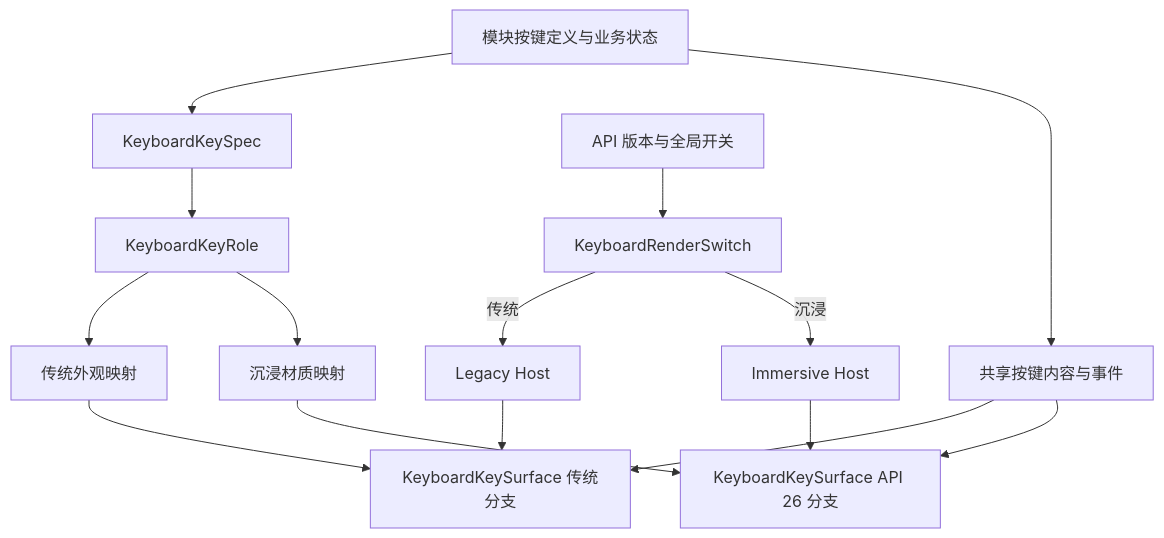
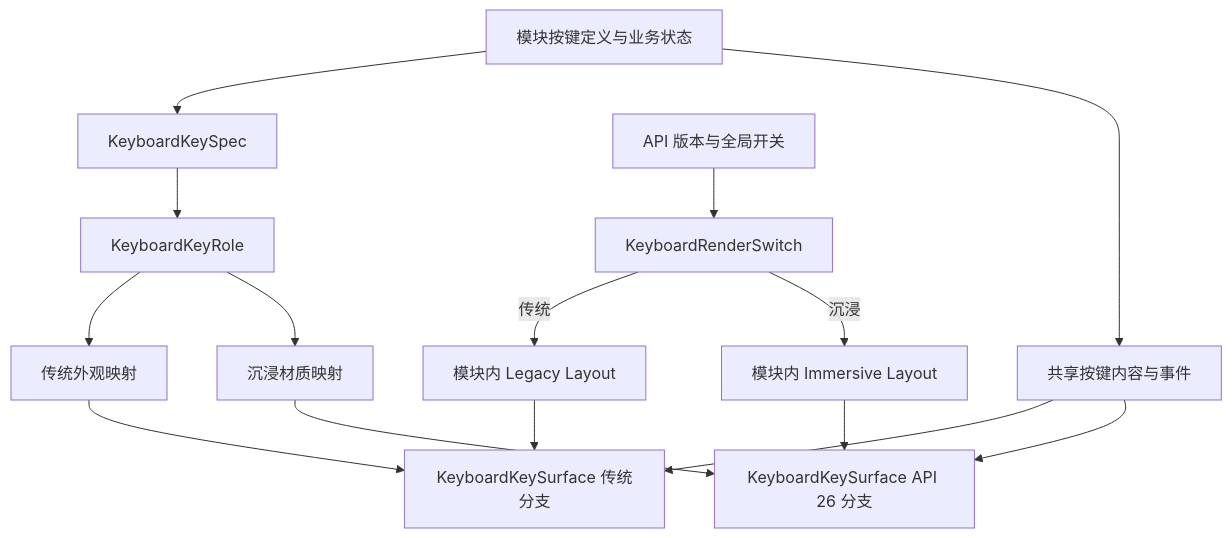
One commit to StartYR/CalculatorX changed the diagram in docs/plan/immersive-legacy-dual-render-architecture-refactor.md. Above: the diagram before and after it, drawn with Mermaid. The commit also changed other lines of this file and 2 other files, not shown here.

````diff
--- a/docs/plan/immersive-legacy-dual-render-architecture-refactor.md
+++ b/docs/plan/immersive-legacy-dual-render-architecture-refactor.md
@@ -110,19 +109,19 @@
 ```mermaid
 flowchart TD
   A[模块按键定义与业务状态] --> B[KeyboardKeySpec]
   B --> C[KeyboardKeyRole]
   C --> D[传统外观映射]
   C --> E[沉浸材质映射]
   A --> F[共享按键内容与事件]
 
   G[API 版本与全局开关] --> H[KeyboardRenderSwitch]
-  H -->|传统| I[Legacy Host]
-  H -->|沉浸| J[Immersive Host]
+  H -->|传统| I[模块内 Legacy Layout]
+  H -->|沉浸| J[模块内 Immersive Layout]
 
   I --> K[KeyboardKeySurface 传统分支]
   J --> L[KeyboardKeySurface API 26 分支]
   D --> K
   E --> L
   F --> K
   F --> L
 ```
````
